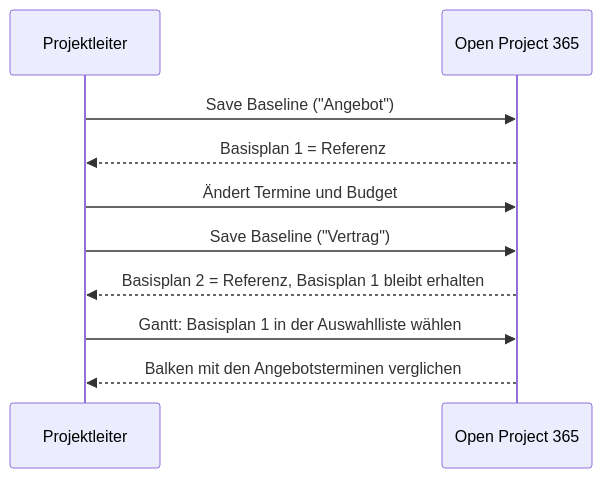
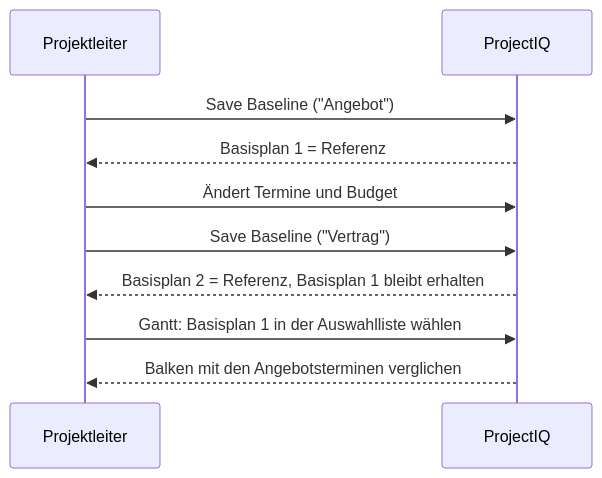
One commit to Power-Builders-Italia/ProjectIQ changed the fourth of 4 diagrams in docs/de/wbs-and-planning.md. Above: the diagram before and after it, drawn with Mermaid. The commit also changed other lines of this file and 84 other files, not shown here.

First line of the commit message:
Rebrand product from Open Project 365 to ProjectIQ (#52)

````diff
--- a/docs/de/wbs-and-planning.md
+++ b/docs/de/wbs-and-planning.md
@@ -225,12 +225,12 @@
 ```mermaid
 sequenceDiagram
     participant PM as Projektleiter
-    participant OP as Open Project 365
+    participant OP as ProjectIQ
     PM->>OP: Save Baseline ("Angebot")
     OP-->>PM: Basisplan 1 = Referenz
     PM->>OP: Ändert Termine und Budget
     PM->>OP: Save Baseline ("Vertrag")
     OP-->>PM: Basisplan 2 = Referenz, Basisplan 1 bleibt erhalten
     PM->>OP: Gantt: Basisplan 1 in der Auswahlliste wählen
     OP-->>PM: Balken mit den Angebotsterminen verglichen
 ```
````
